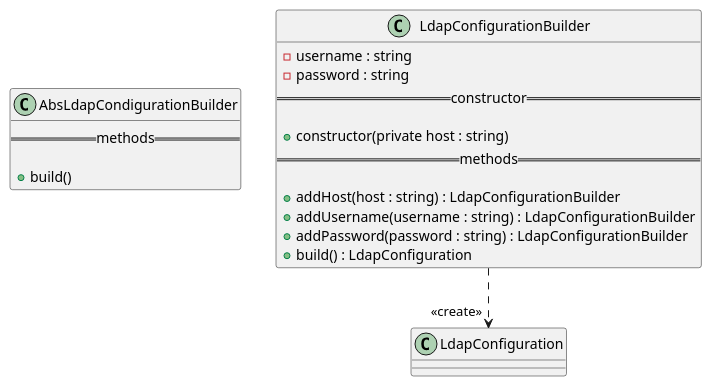
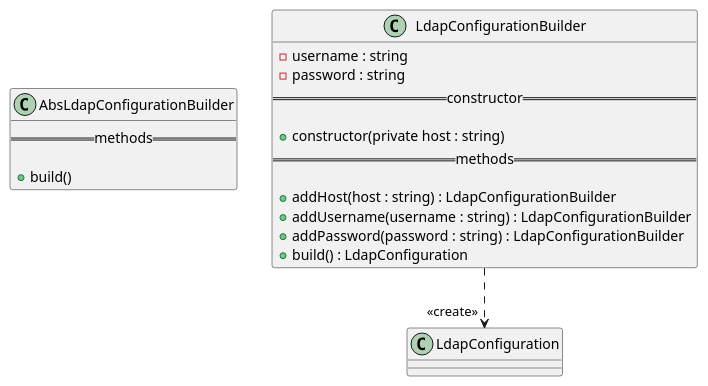
One commit to GruppOne/stalker-web-app changed the diagram in docs/diagrams/src/classes/LdapConfiguration/LdapConfigurationBuilder.pu. Above: the diagram before and after it, drawn with PlantUML. The commit also changed 1 other file, not shown here.

Commit message:
docs: add organization builder pattern

```diff
--- a/docs/diagrams/src/classes/LdapConfiguration/LdapConfigurationBuilder.pu
+++ b/docs/diagrams/src/classes/LdapConfiguration/LdapConfigurationBuilder.pu
@@ -1,23 +1,23 @@
 @startuml LdapConfigurationBuilder diagram
 
-class AbsLdapCondigurationBuilder {
+class AbsLdapConfigurationBuilder {
   ==methods==
 
   + build()
 }
 class LdapConfigurationBuilder {
   - username : string
   - password : string
   ==constructor==
 
   + constructor(private host : string)
   ==methods==
 
   + addHost(host : string) : LdapConfigurationBuilder
   + addUsername(username : string) : LdapConfigurationBuilder
   + addPassword(password : string) : LdapConfigurationBuilder
   + build() : LdapConfiguration
 }
 
 LdapConfigurationBuilder ..> "<<create>>" LdapConfiguration
 @enduml
```
